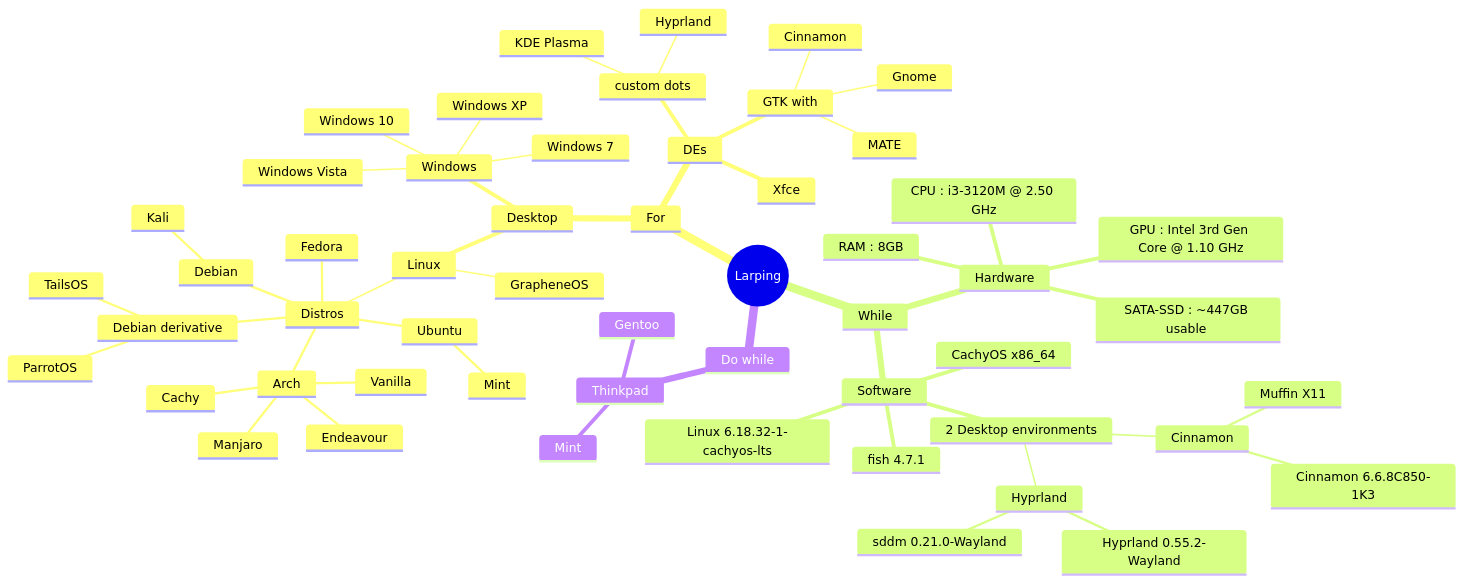
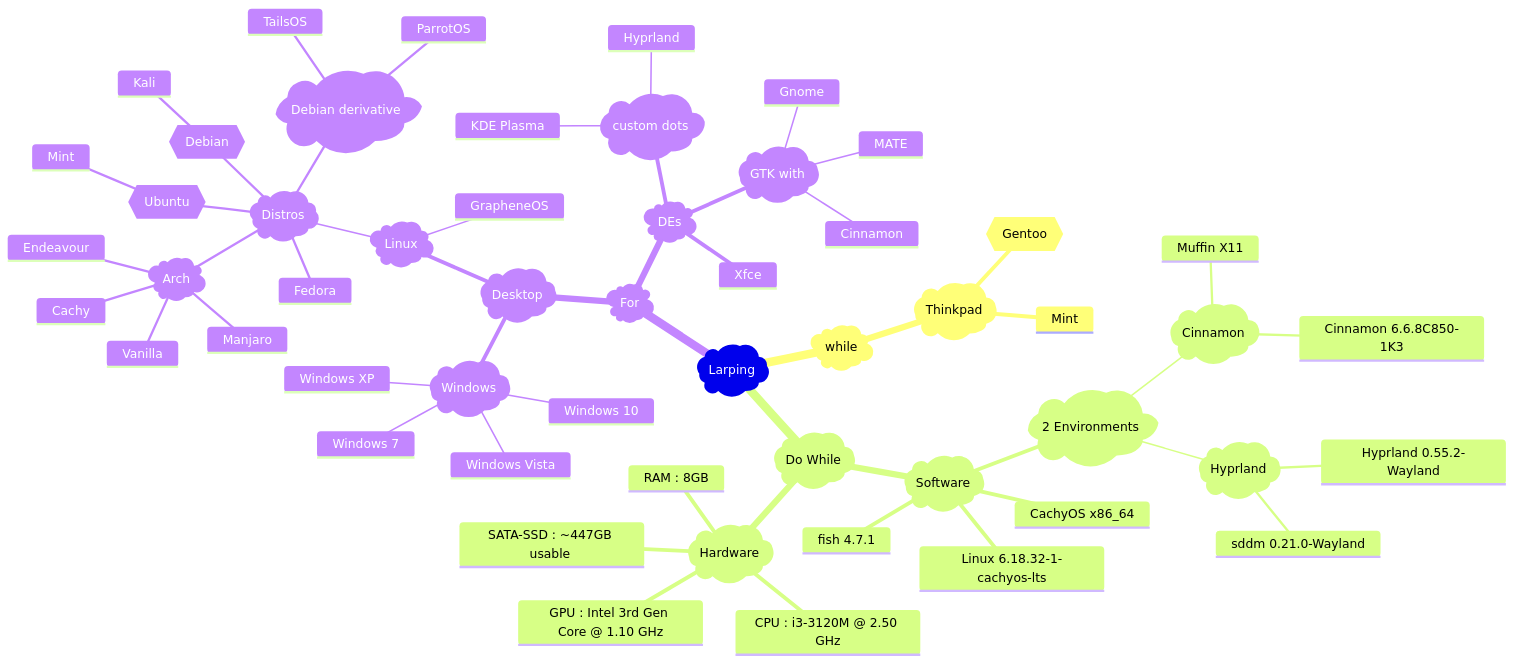
Before and after one commit to Chintanpatel24/Chintanpatel24: the diagram in README.md, drawn with Mermaid.

Commit message:
Revise mindmap structure in README.md
Updated the mindmap structure in README.md to reflect changes in software and hardware environments.

````diff
--- a/README.md
+++ b/README.md
@@ -4,58 +4,57 @@
 ```mermaid
 mindmap
-root((Larping))
- For
-  Desktop
-   Windows
-    Windows 7
-    Windows XP
-    Windows Vista
-    Windows 10
-   Linux
-    GrapheneOS
-    Distros
-     Arch
-      Endeavour
-      Vanilla
-      Cachy
-      Manjaro
-     Debian
-      Kali
-     Ubuntu
-      Mint
-     Fedora
-     Debian derivative
-      ParrotOS
-      TailsOS
-  DEs
-   Xfce
-   custom dots
-    Hyprland
-    KDE Plasma
-   GTK with
-    Cinnamon
-    Gnome
-    MATE
- While
-  Hardware     
+root)Larping(
+ )while(
+  )Thinkpad(
+   {{Gentoo}}
+   Mint
+ )Do While(
+  )Hardware(     
    GPU : Intel 3rd Gen Core @ 1.10 GHz
    CPU : i3-3120M @ 2.50 GHz
    RAM : 8GB
    SATA-SSD : ~447GB usable 
-  Software
-   2 Desktop environments
-    Cinnamon 
+  )Software(
+   )2 Environments(
+    )Cinnamon( 
      Muffin X11
      Cinnamon 6.6.8C850-1K3
-    Hyprland
+    )Hyprland(
      Hyprland 0.55.2-Wayland
      sddm 0.21.0-Wayland
    CachyOS x86_64
    fish 4.7.1
    Linux 6.18.32-1-cachyos-lts
- Do while
-  Thinkpad
-   Gentoo
-   Mint
-
+ )For(
+  )Desktop(
+   )Windows(
+    Windows 7
+    Windows XP
+    Windows Vista
+    Windows 10
+   )Linux(
+    GrapheneOS
+    )Distros(
+     )Arch(
+      Endeavour
+      Vanilla
+      Cachy
+      Manjaro
+     {{Debian}}
+      Kali
+     {{Ubuntu}}
+      Mint
+     Fedora
+     )Debian derivative(
+      ParrotOS
+      TailsOS
+  )DEs(
+   Xfce
+   )custom dots(
+    Hyprland
+    KDE Plasma
+   )GTK with(
+    Cinnamon
+    Gnome
+    MATE
 ```
````
